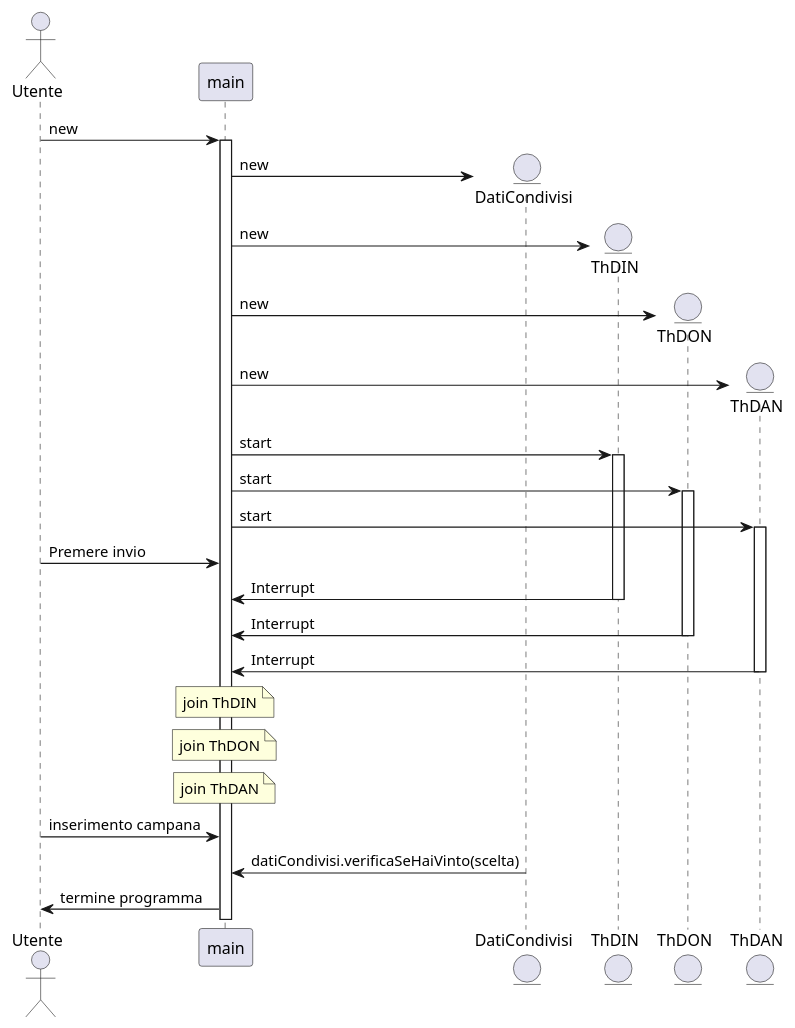
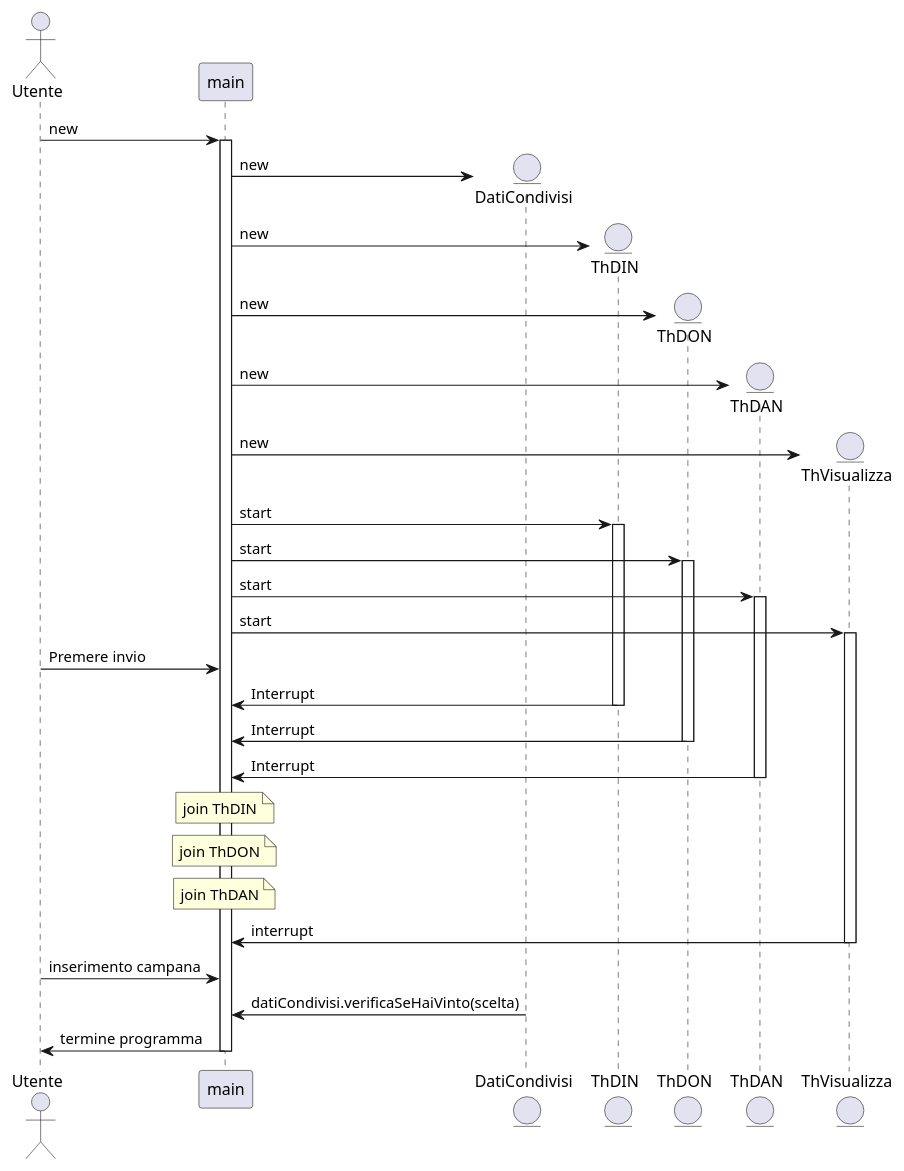
The diagram in DinDonDan/src/dindondan/DinDonDan.puml (LucaTosetti01/DinDonDan), drawn with PlantUML before and after one commit. The commit also changed 4 other files, not shown here.

```diff
--- a/DinDonDan/src/dindondan/DinDonDan.puml
+++ b/DinDonDan/src/dindondan/DinDonDan.puml
@@ -1,38 +1,43 @@
 @startuml
 actor Utente
 participant main
 entity DatiCondivisi
 entity ThDIN
 entity ThDON
 entity ThDAN
+entity ThVisualizza
 
 Utente -> main ++ : new
 
 main -> DatiCondivisi ** : new
 main -> ThDIN ** : new
 main -> ThDON ** : new
 main -> ThDAN ** : new
+main -> ThVisualizza ** : new
 
 main -> ThDIN ++ : start
 main -> ThDON ++ : start
 main -> ThDAN ++ : start
+main -> ThVisualizza ++ : start
 
 Utente -> main : Premere invio
 
 ThDIN -> main : Interrupt
 deactivate ThDIN
 ThDON -> main : Interrupt
 deactivate ThDON
 ThDAN -> main : Interrupt
 deactivate ThDAN
 
 note over main : join ThDIN
 note over main : join ThDON
 note over main : join ThDAN
 
+ThVisualizza -> main -- : interrupt
+
 Utente -> main : inserimento campana
 
 DatiCondivisi -> main : datiCondivisi.verificaSeHaiVinto(scelta)
 
-main -> Utente : termine programma
+main -> Utente -- : termine programma
 @enduml
```
